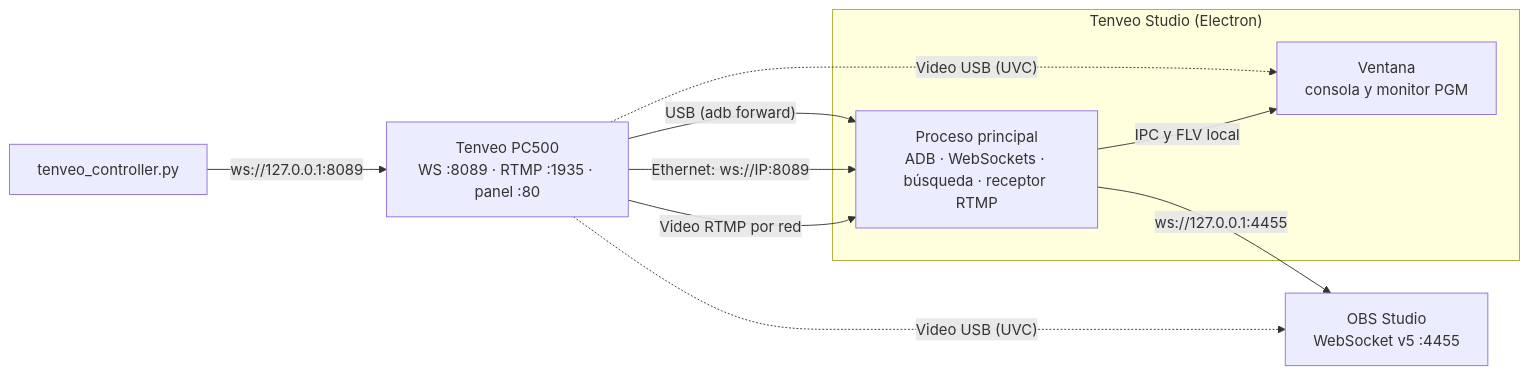
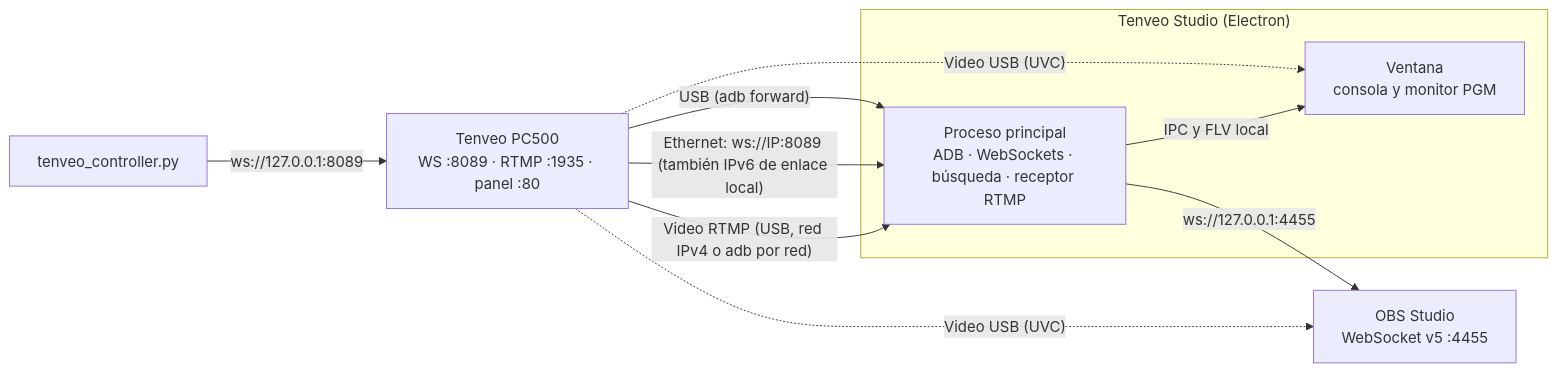
One commit to ThePunisherBaby/VeController changed the diagram in DOCUMENTACION.md. Above: the diagram before and after it, drawn with Mermaid. The commit also changed other lines of this file and 30 other files, not shown here.

First line of the commit message:
Tenveo Studio 1.2.0: cable directo, video real del PC500 y red medida

````diff
--- a/DOCUMENTACION.md
+++ b/DOCUMENTACION.md
@@ -24,19 +24,19 @@
 ```mermaid
 flowchart LR
     PC500["Tenveo PC500<br/>WS :8089 · RTMP :1935 · panel :80"]
     subgraph APP["Tenveo Studio (Electron)"]
         MAIN["Proceso principal<br/>ADB · WebSockets · búsqueda · receptor RTMP"]
         UI["Ventana<br/>consola y monitor PGM"]
     end
     OBS["OBS Studio<br/>WebSocket v5 :4455"]
     CLI["tenveo_controller.py"]
 
     PC500 -- "USB (adb forward)" --> MAIN
-    PC500 -- "Ethernet: ws://IP:8089" --> MAIN
-    PC500 -- "Video RTMP por red" --> MAIN
+    PC500 -- "Ethernet: ws://IP:8089 (también IPv6 de enlace local)" --> MAIN
+    PC500 -- "Video RTMP (USB, red IPv4 o adb por red)" --> MAIN
     PC500 -. "Video USB (UVC)" .-> UI
     MAIN -- "IPC y FLV local" --> UI
     MAIN -- "ws://127.0.0.1:4455" --> OBS
     CLI -- "ws://127.0.0.1:8089" --> PC500
     PC500 -. "Video USB (UVC)" .-> OBS
 ```
````
